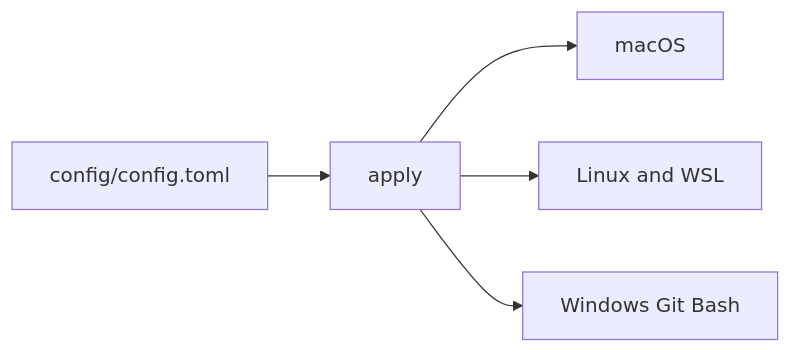
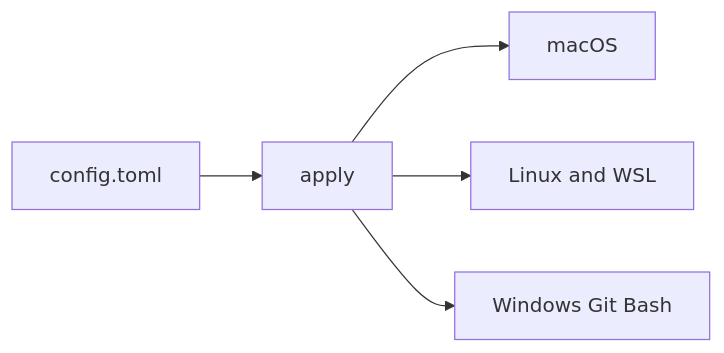
One commit to tyler-jewell/herdr changed the second of 2 diagrams in README.md. Above: the diagram before and after it, drawn with Mermaid. The commit also changed other lines of this file and 5 other files, not shown here.

````diff
--- a/README.md
+++ b/README.md
@@ -32,12 +32,12 @@
 ```mermaid
 flowchart LR
-  src[config/config.toml]
+  src[config.toml]
   apply[apply]
   mac[macOS]
   linux[Linux and WSL]
   win[Windows Git Bash]
   src --> apply
   apply --> mac
   apply --> linux
   apply --> win
 ```
````
